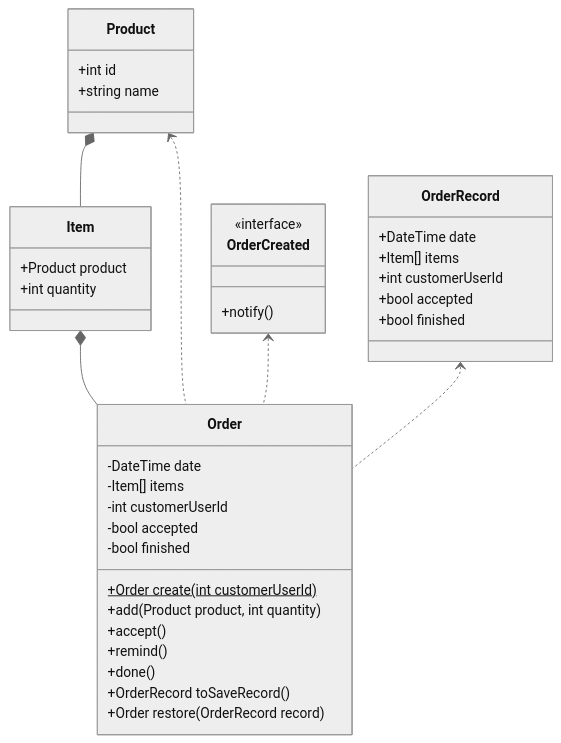
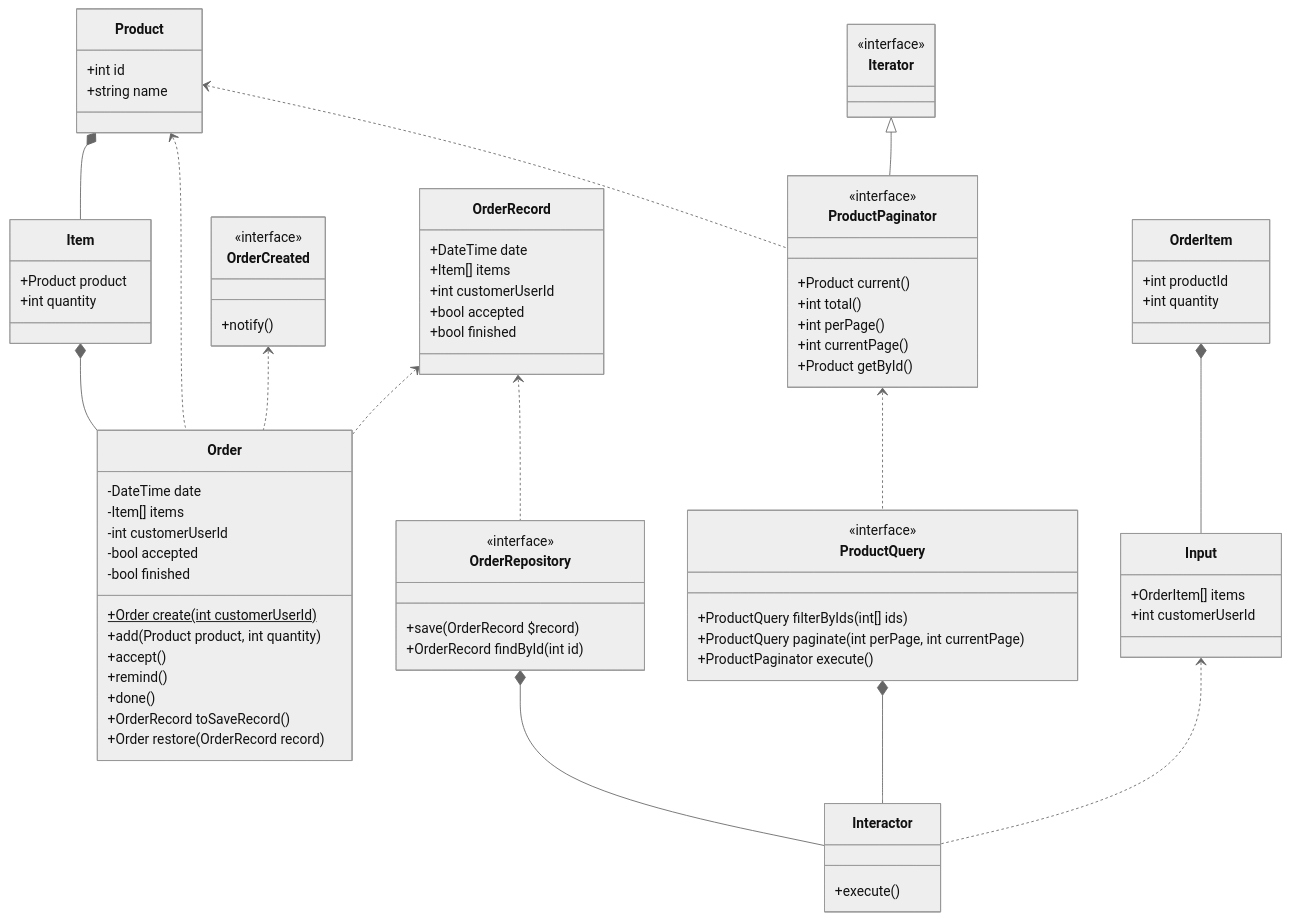
The diagram in README.md (youhei-ushio/nicoshop), drawn with Mermaid (neutral theme) before and after one commit.

Commit message:
class diagram (order usecase)

````diff
--- a/README.md
+++ b/README.md
@@ -48,4 +48,46 @@
       +bool accepted
       +bool finished
     }
+    
+    OrderRepository *-- Interactor
+    OrderRecord <.. OrderRepository
+    ProductQuery *-- Interactor
+    Input <.. Interactor
+    OrderItem *-- Input
+    ProductPaginator <.. ProductQuery
+    Product <.. ProductPaginator
+    Iterator <|-- ProductPaginator
+    class Interactor{
+      +execute()
+    }
+    class Input{
+      +OrderItem[] items
+      +int customerUserId
+    }
+    class OrderItem{
+      +int productId
+      +int quantity
+    }
+    class OrderRepository{
+      <<interface>>
+      +save(OrderRecord $record)
+      +OrderRecord findById(int id) 
+    }
+    class ProductQuery{
+      <<interface>>
+      +ProductQuery filterByIds(int[] ids)
+      +ProductQuery paginate(int perPage, int currentPage)
+      +ProductPaginator execute()
+    }
+    class ProductPaginator{
+      <<interface>>
+      +Product current()
+      +int total()
+      +int perPage()
+      +int currentPage()
+      +Product getById()
+    }
+    class Iterator{
+      <<interface>>
+    }
 ```
````
